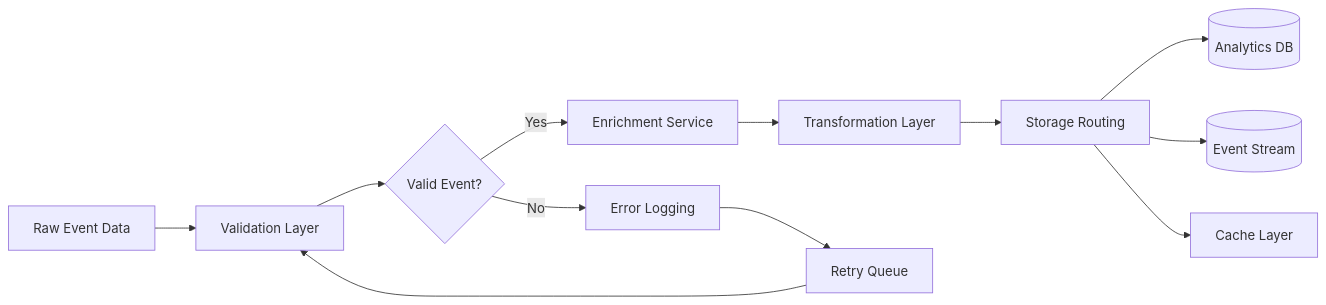
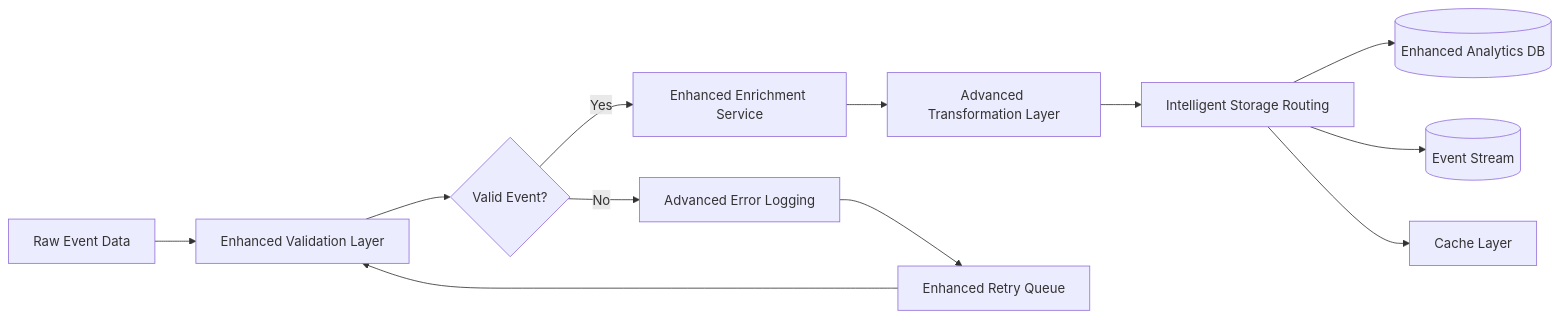
One commit to Dunstun2/GeniusMind-Home-Schooling changed the fifth of 6 diagrams in .qoder/repowiki/en/content/Backend Services & API/Analytics & Tracking Services.md. Above: the diagram before and after it, drawn with Mermaid. The commit also changed other lines of this file and 42 other files, not shown here.

````diff
--- a/.qoder/repowiki/en/content/Backend Services & API/Analytics & Tracking Services.md
+++ b/.qoder/repowiki/en/content/Backend Services & API/Analytics & Tracking Services.md
@@ -232,14 +244,14 @@
 ```mermaid
 flowchart LR
-A[Raw Event Data] --> B[Validation Layer]
+A[Raw Event Data] --> B[Enhanced Validation Layer]
 B --> C{Valid Event?}
-C --> |No| D[Error Logging]
-C --> |Yes| E[Enrichment Service]
-E --> F[Transformation Layer]
-F --> G[Storage Routing]
-G --> H[(Analytics DB)]
+C --> |No| D[Advanced Error Logging]
+C --> |Yes| E[Enhanced Enrichment Service]
+E --> F[Advanced Transformation Layer]
+F --> G[Intelligent Storage Routing]
+G --> H[(Enhanced Analytics DB)]
 G --> I[(Event Stream)]
 G --> J[Cache Layer]
-D --> K[Retry Queue]
+D --> K[Enhanced Retry Queue]
 K --> B
 ```
````
